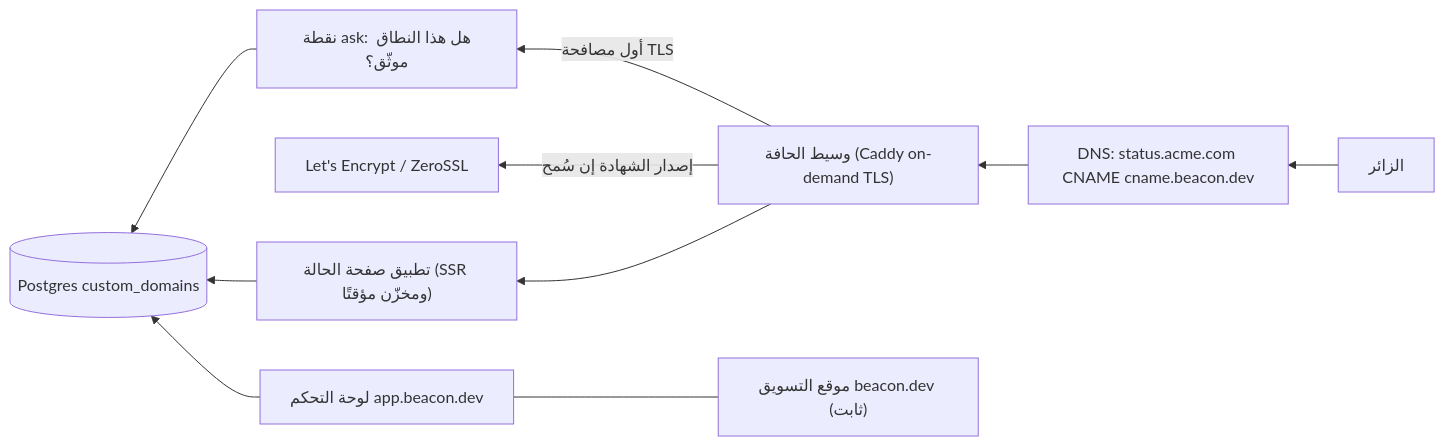
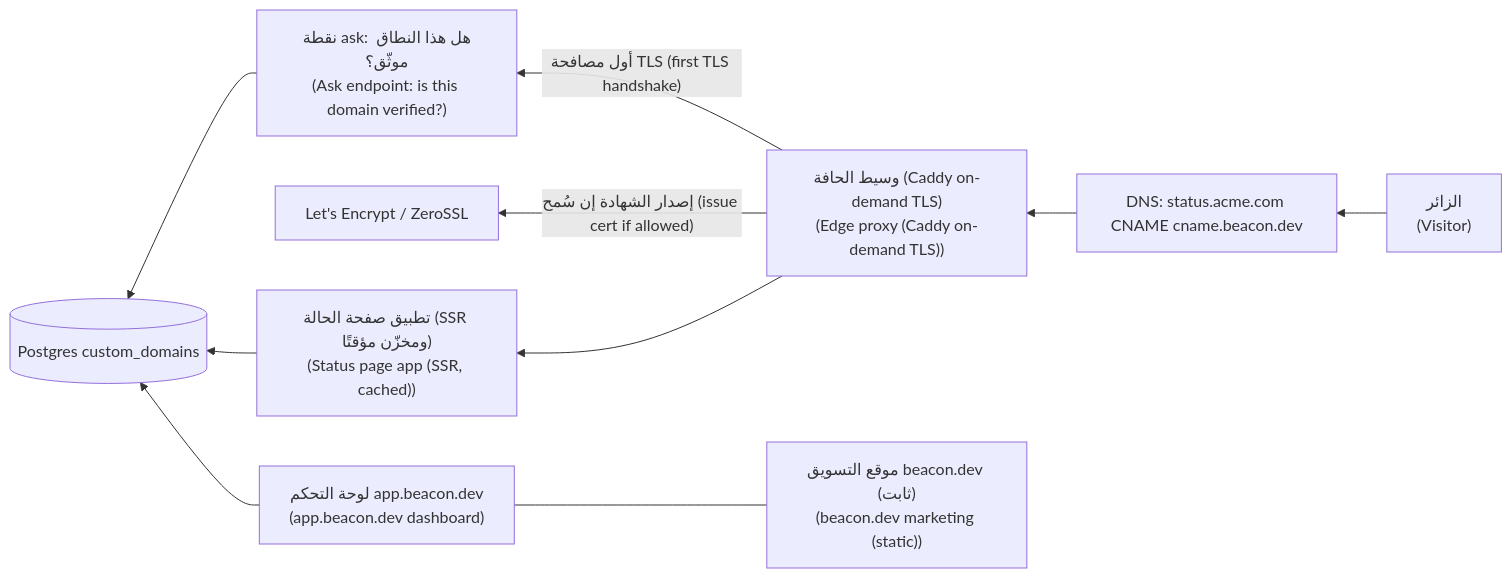
One commit to Tamoura/system-design-for-vibe-coders changed the first of 3 diagrams in saas/modules/06-product-growth.ar.md. Above: the diagram before and after it, drawn with Mermaid. The commit also changed other lines of this file and 62 other files, not shown here.

First line of the commit message:
Arabic editions: English on every diagram label, RTL fixes, rebuild

````diff
--- a/saas/modules/06-product-growth.ar.md
+++ b/saas/modules/06-product-growth.ar.md
@@ -123,12 +123,12 @@
 ```mermaid
 flowchart RL
-  V["الزائر"] --> D["DNS: status.acme.com CNAME cname.beacon.dev"]
-  D --> E["وسيط الحافة (Caddy on-demand TLS)"]
-  E -->|"أول مصافحة TLS"| A["نقطة ask: هل هذا النطاق موثّق؟"]
+  V["الزائر<br/>(Visitor)"] --> D["DNS: status.acme.com CNAME cname.beacon.dev"]
+  D --> E["وسيط الحافة (Caddy on-demand TLS)<br/>(Edge proxy (Caddy on-demand TLS))"]
+  E -->|"أول مصافحة TLS (first TLS handshake)"| A["نقطة ask: هل هذا النطاق موثّق؟<br/>(Ask endpoint: is this domain verified?)"]
   A --> DB[("Postgres custom_domains")]
-  E -->|"إصدار الشهادة إن سُمح"| LE["Let's Encrypt / ZeroSSL"]
-  E --> S["تطبيق صفحة الحالة (SSR ومخزّن مؤقتًا)"]
+  E -->|"إصدار الشهادة إن سُمح (issue cert if allowed)"| LE["Let's Encrypt / ZeroSSL"]
+  E --> S["تطبيق صفحة الحالة (SSR ومخزّن مؤقتًا)<br/>(Status page app (SSR, cached))"]
   S --> DB
-  M["موقع التسويق beacon.dev (ثابت)"] --- X["لوحة التحكم app.beacon.dev"]
+  M["موقع التسويق beacon.dev (ثابت)<br/>(beacon.dev marketing (static))"] --- X["لوحة التحكم app.beacon.dev<br/>(app.beacon.dev dashboard)"]
   X --> DB
 ```
````
